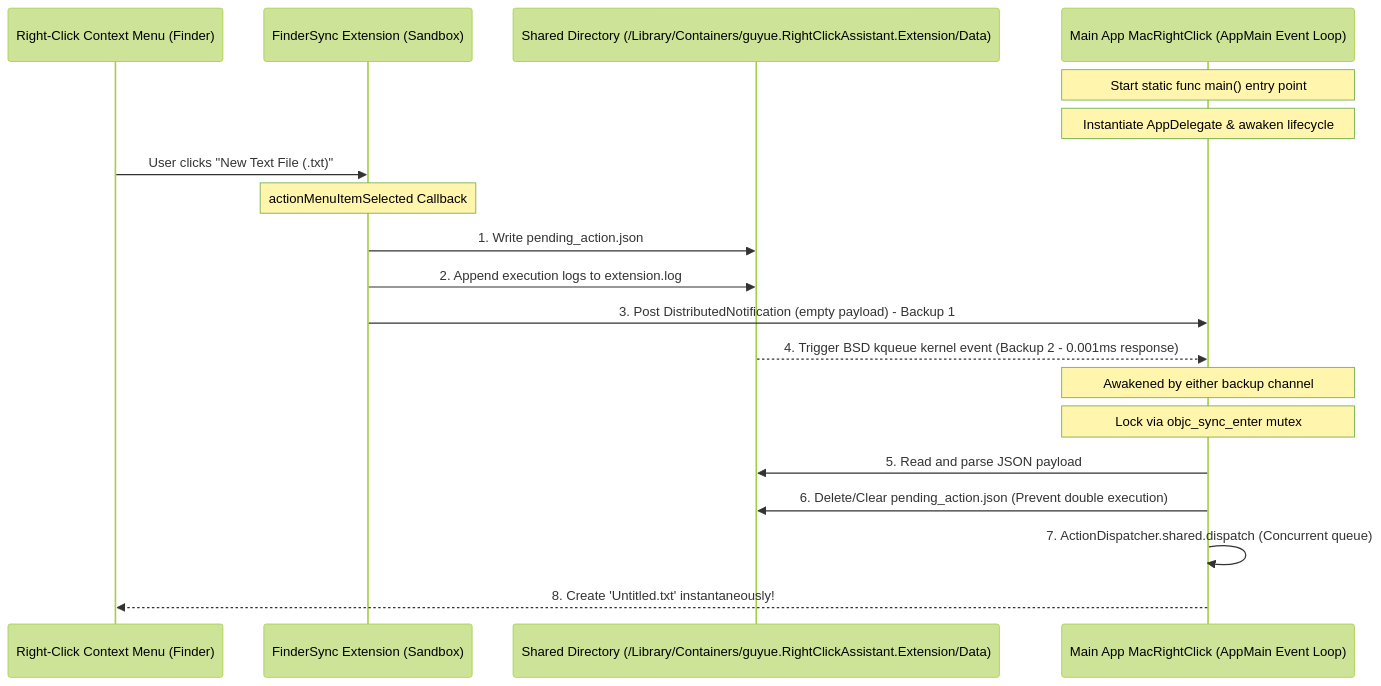
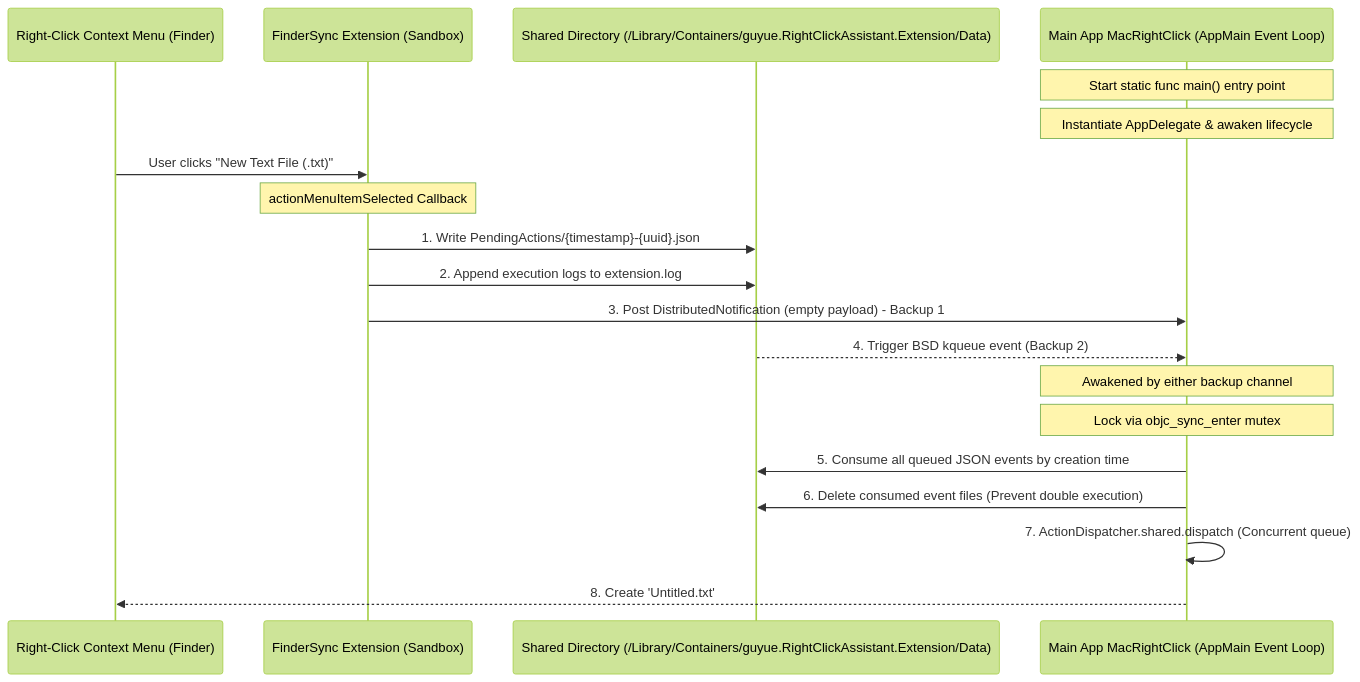
One commit to guyue55/MacRightClick changed the diagram in README_EN.md. Above: the diagram before and after it, drawn with Mermaid (forest theme). The commit also changed other lines of this file and 19 other files, not shown here.

````diff
--- a/README_EN.md
+++ b/README_EN.md
@@ -50,26 +50,26 @@
 ```mermaid
 sequenceDiagram
     participant User as Right-Click Context Menu (Finder)
     participant FS as FinderSync Extension (Sandbox)
     participant SC as Shared Directory (/Library/Containers/guyue.RightClickAssistant.Extension/Data)
     participant Host as Main App MacRightClick (AppMain Event Loop)
     
     Note over Host: Start static func main() entry point
     Note over Host: Instantiate AppDelegate & awaken lifecycle
     
     User->>FS: User clicks "New Text File (.txt)"
     Note over FS: actionMenuItemSelected Callback
-    FS->>SC: 1. Write pending_action.json
+    FS->>SC: 1. Write PendingActions/{timestamp}-{uuid}.json
     FS->>SC: 2. Append execution logs to extension.log
     FS->>Host: 3. Post DistributedNotification (empty payload) - Backup 1
-    SC-->>Host: 4. Trigger BSD kqueue kernel event (Backup 2 - 0.001ms response)
+    SC-->>Host: 4. Trigger BSD kqueue event (Backup 2)
     
     Note over Host: Awakened by either backup channel
     Note over Host: Lock via objc_sync_enter mutex
     
-    Host->>SC: 5. Read and parse JSON payload
-    Host->>SC: 6. Delete/Clear pending_action.json (Prevent double execution)
+    Host->>SC: 5. Consume all queued JSON events by creation time
+    Host->>SC: 6. Delete consumed event files (Prevent double execution)
     
     Host->>Host: 7. ActionDispatcher.shared.dispatch (Concurrent queue)
-    Host-->>User: 8. Create 'Untitled.txt' instantaneously!
+    Host-->>User: 8. Create 'Untitled.txt'
 ```
````
